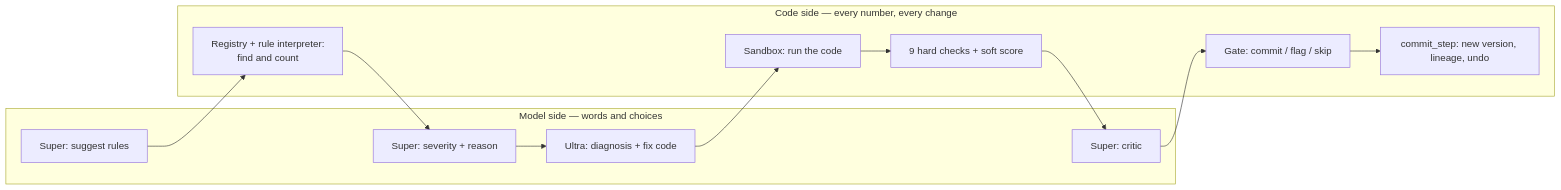
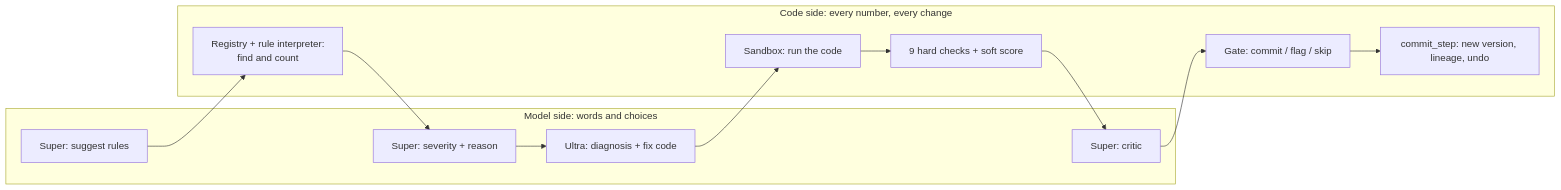
Before and after one commit to n1mk1/sherlock: diagram 11 of 16 in docs/plans/cleaner-detectors-and-severity.md, drawn with Mermaid. The commit also changed other lines of this file, not shown here.

````diff
--- a/docs/plans/cleaner-detectors-and-severity.md
+++ b/docs/plans/cleaner-detectors-and-severity.md
@@ -374,17 +518,17 @@
 ```mermaid
 flowchart LR
-    subgraph Model["Model side — words and choices"]
+    subgraph Model["Model side: words and choices"]
         SG[Super: suggest rules]
         RT[Super: severity + reason]
         G[Ultra: diagnosis + fix code]
         CR[Super: critic]
     end
-    subgraph Code["Code side — every number, every change"]
-        RG[Registry + rule interpreter:<br/>find and count]
+    subgraph Code["Code side: every number, every change"]
+        RG["Registry + rule interpreter:<br/>find and count"]
         S[Sandbox: run the code]
         K[9 hard checks + soft score]
         GT[Gate: commit / flag / skip]
-        V[commit_step: new version, lineage, undo]
+        V["commit_step: new version, lineage, undo"]
     end
     SG --> RG --> RT --> G --> S --> K --> CR --> GT --> V
 ```
````
